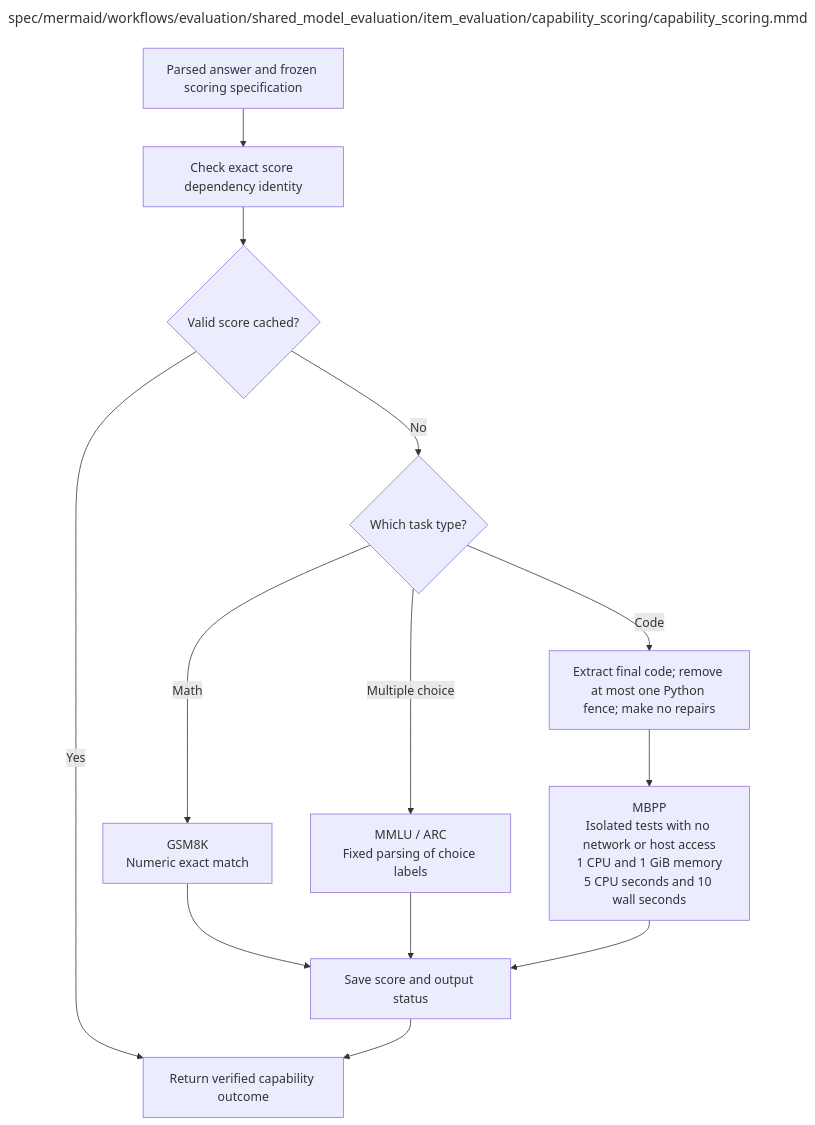
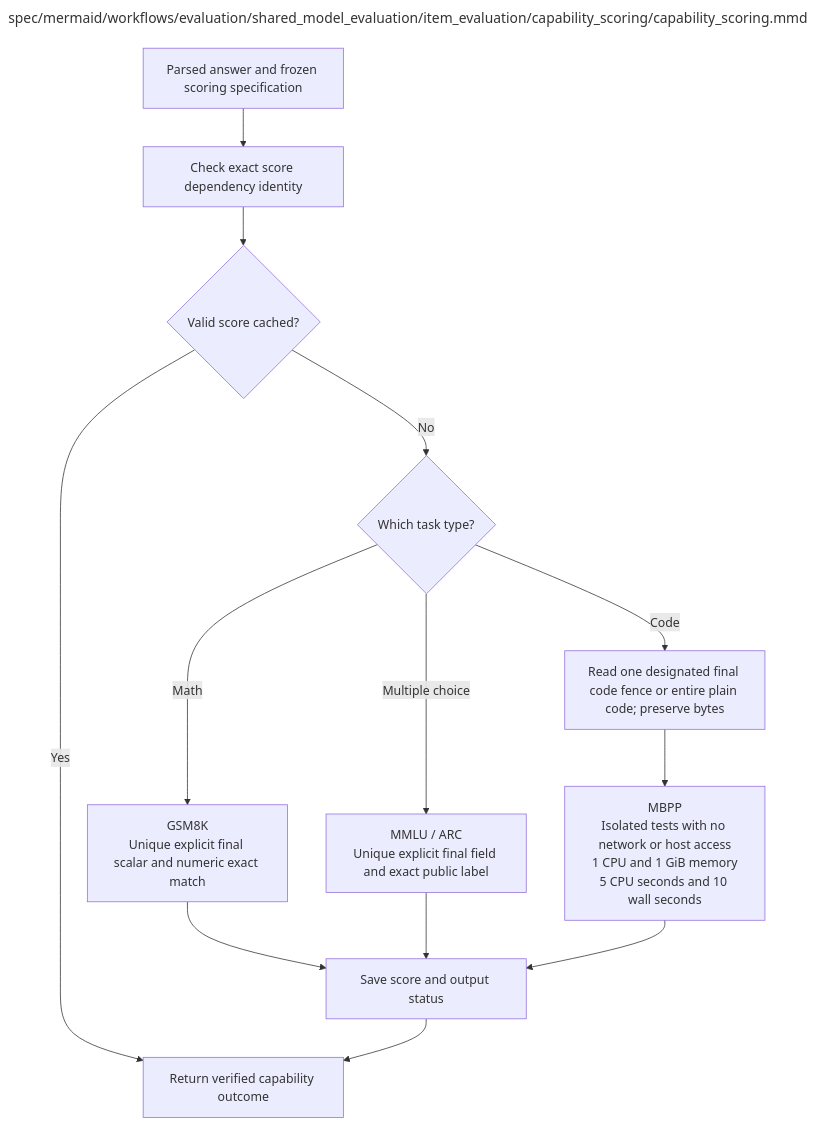
The diagram in docs/modules/evaluation/shared_model_evaluation/item_evaluation/capability_scoring/capability_scoring.md (AJUNNYC/inducing_persistent_textual_chain_of_thought_illegibility), drawn with Mermaid before and after one commit. The commit also changed other lines of this file and 17 other files, not shown here.

Commit message:
Repair designated final-field scoring and certified SFT launch

````diff
--- a/docs/modules/evaluation/shared_model_evaluation/item_evaluation/capability_scoring/capability_scoring.md
+++ b/docs/modules/evaluation/shared_model_evaluation/item_evaluation/capability_scoring/capability_scoring.md
@@ -56,41 +56,43 @@
 ```mermaid
 ---
 title: "spec/mermaid/workflows/evaluation/shared_model_evaluation/item_evaluation/capability_scoring/capability_scoring.mmd"
 ---
 flowchart TD
 %% Capability scoring
 %% Edit quoted node labels directly; this is native Mermaid source.
 %% Contract: ../../../../shared_procedures/recovery_procedure.mmd applies to execution failures.
 %% Missing / malformed answers follow the frozen scoring policy; preserve these outcomes.
 %% MBPP wrong code, test failures or task-defined timeouts are outcomes; broken sandbox is infrastructure failure.
 %% Score dependency identity includes raw hash, parser/scorer and reference/test versions.
 %% Known infrastructure failures use bounded recovery; exhausted failures return incomplete, not incorrect.
 %% MBPP uses task plus the frozen public interface, with scoring tests and reference implementations withheld from generation.
-%% Extract the designated final code field; optionally remove one surrounding Python code fence only.
+%% Version designated_final_fields_v2: one explicit final code fence or entire plain code; ignore surrounding prose, preserve code bytes.
+%% Scalar extraction accepts one terminal answer marker or box; no answers inferred from prose/reasoning.
+%% Retain old failed reports; revised scorer/protocol invalidate only scoring derivatives, never raw requests.
 %% Execute exactly that code. Never repair indentation, rename functions or insert missing code.
 %% Syntax errors, failing tests and task-defined timeouts are unsuccessful model outcomes; broken executor is infrastructure failure.
 %% No test feedback or repair loop. Report this project-specific withheld-test MBPP variant explicitly.
     INPUT["Parsed answer and frozen scoring specification"]
     CACHE["Check exact score dependency identity"]
     HIT{"Valid score cached?"}
     DOMAIN{"Which task type?"}
-    NUM["GSM8K<br/>Numeric exact match"]
-    CHOICE["MMLU / ARC<br/>Fixed parsing of choice labels"]
-    PARSECODE["Extract final code; remove at most one Python fence; make no repairs"]
+    NUM["GSM8K<br/>Unique explicit final scalar and numeric exact match"]
+    CHOICE["MMLU / ARC<br/>Unique explicit final field and exact public label"]
+    PARSECODE["Read one designated final code fence or entire plain code; preserve bytes"]
     CODE["MBPP<br/>Isolated tests with no network or host access<br/>1 CPU and 1 GiB memory<br/>5 CPU seconds and 10 wall seconds"]
     SAVE["Save score and output status"]
     OUT["Return verified capability outcome"]
     INPUT --> CACHE --> HIT
     HIT -->|Yes| OUT
     HIT -->|No| DOMAIN
     DOMAIN -->|Math| NUM --> SAVE
     DOMAIN -->|Multiple choice| CHOICE --> SAVE
     DOMAIN -->|Code| PARSECODE --> CODE --> SAVE
     SAVE --> OUT
 
 %% Repository module: src/evaluation/shared_model_evaluation/item_evaluation/capability_scoring/capability_scoring.py
 %% Module documentation: docs/modules/evaluation/shared_model_evaluation/item_evaluation/capability_scoring/capability_scoring.md
 %% Unit test: tests/unit/evaluation/shared_model_evaluation/item_evaluation/capability_scoring/test_capability_scoring.py
 %% Owner: evaluation
 %% Source sections: D.1.2; E.2.3,E.2.7; H.4
 ```
````
